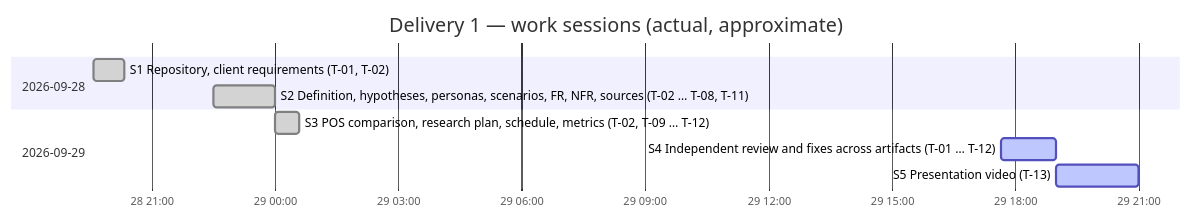
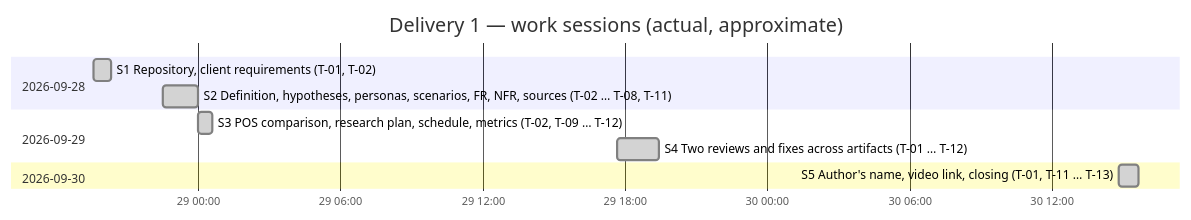
One commit to Alambrep/boutique-fmat-pos changed the diagram in docs/00-management/schedule.md. Above: the diagram before and after it, drawn with Mermaid. The commit also changed other lines of this file and 3 other files, not shown here.

````diff
--- a/docs/00-management/schedule.md
+++ b/docs/00-management/schedule.md
@@ -51,13 +51,14 @@
 ```mermaid
 gantt
   title Delivery 1 — work sessions (actual, approximate)
   dateFormat YYYY-MM-DD HH:mm
   axisFormat %d %H:%M
   section 2026-09-28
   S1 Repository, client requirements (T-01, T-02) :done, 2026-09-28 19:35, 2026-09-28 20:20
   S2 Definition, hypotheses, personas, scenarios, FR, NFR, sources (T-02 … T-08, T-11) :done, 2026-09-28 22:30, 2026-09-29 00:00
   section 2026-09-29
   S3 POS comparison, research plan, schedule, metrics (T-02, T-09 … T-12) :done, 2026-09-29 00:00, 2026-09-29 00:35
-  S4 Independent review and fixes across artifacts (T-01 … T-12) :active, 2026-09-29 17:39, 2026-09-29 19:00
-  S5 Presentation video (T-13) :active, 2026-09-29 19:00, 2026-09-29 21:00
+  S4 Two reviews and fixes across artifacts (T-01 … T-12) :done, 2026-09-29 17:39, 2026-09-29 19:25
+  section 2026-09-30
+  S5 Author's name, video link, closing (T-01, T-11 … T-13) :done, 2026-09-30 14:49, 2026-09-30 15:40
 ```
````
